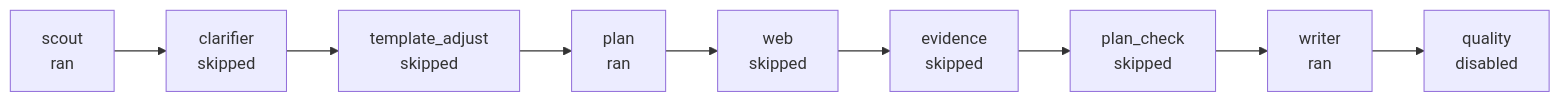
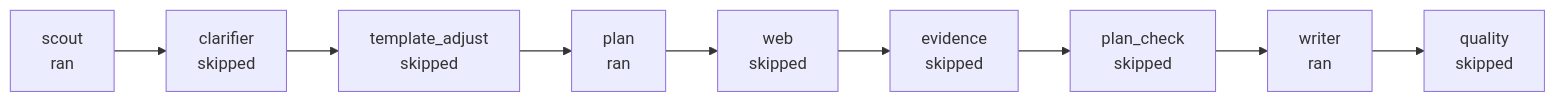
The diagram in site/runs/physical_ai_insight/report_notes/report_workflow.md (Infant83/FEATHER), drawn with Mermaid before and after one commit. The commit also changed other lines of this file and 73 other files, not shown here.

````diff
--- a/site/runs/physical_ai_insight/report_notes/report_workflow.md
+++ b/site/runs/physical_ai_insight/report_notes/report_workflow.md
@@ -41,20 +46,20 @@
 ```mermaid
 flowchart LR
     scout["scout\nran"]
     clarifier["clarifier\nskipped"]
     template_adjust["template_adjust\nskipped"]
     plan["plan\nran"]
     web["web\nskipped"]
     evidence["evidence\nskipped"]
     plan_check["plan_check\nskipped"]
     writer["writer\nran"]
-    quality["quality\ndisabled"]
+    quality["quality\nskipped"]
     scout --> clarifier
     clarifier --> template_adjust
     template_adjust --> plan
     plan --> web
     web --> evidence
     evidence --> plan_check
     plan_check --> writer
     writer --> quality
 ```
````
